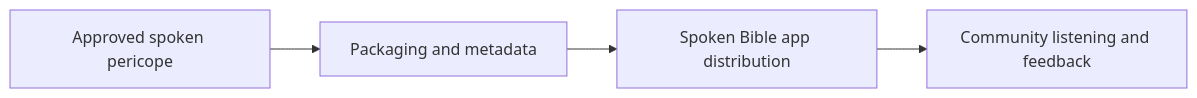
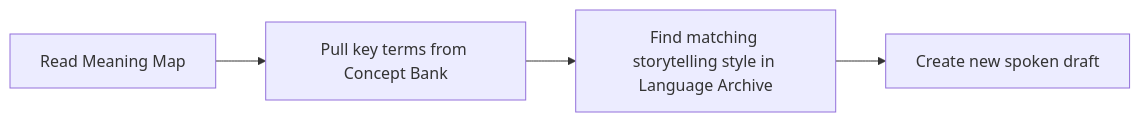
Before and after one commit to shemaobt/docs: the third of 4 diagrams in site/docs/architecture/tripod-overview.md, drawn with Mermaid. The commit also changed other lines of this file, not shown here.

First line of the commit message:
docs(architecture): rewrite Tripod overview in plain language

````diff
--- a/site/docs/architecture/tripod-overview.md
+++ b/site/docs/architecture/tripod-overview.md
@@ -315,6 +107,6 @@
 ```mermaid
 flowchart LR
-    A[Approved spoken pericope] --> B[Packaging and metadata]
-    B --> C[Spoken Bible app distribution]
-    C --> D[Community listening and feedback]
+    A[Read Meaning Map] --> B[Pull key terms from Concept Bank]
+    B --> C[Find matching storytelling style in Language Archive]
+    C --> D[Create new spoken draft]
 ```
````
